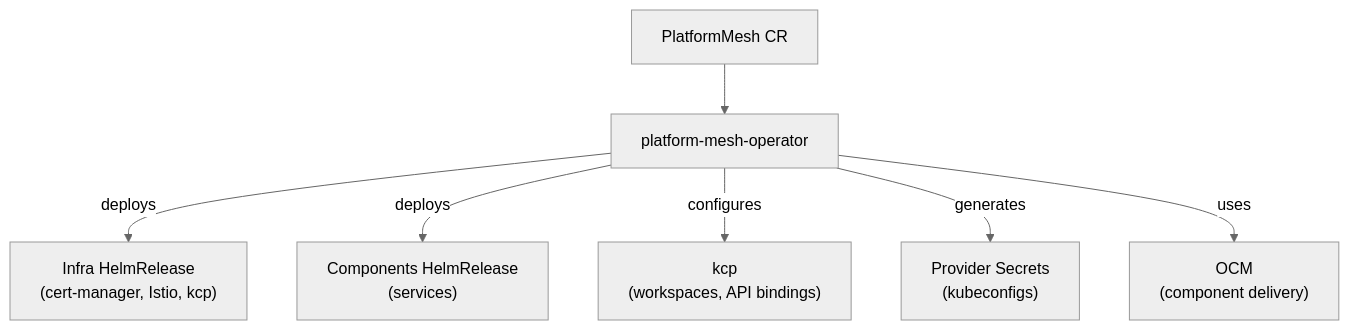
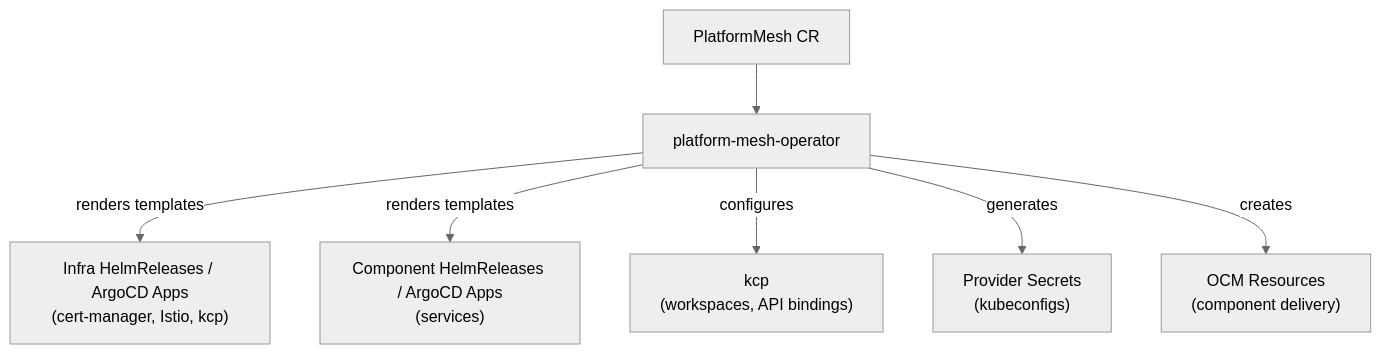
One commit to platform-mesh/platform-mesh.github.io changed the second of 2 diagrams in reference/components/platform-mesh-operator.md. Above: the diagram before and after it, drawn with Mermaid (neutral theme). The commit also changed other lines of this file and 3 other files, not shown here.

````diff
--- a/reference/components/platform-mesh-operator.md
+++ b/reference/components/platform-mesh-operator.md
@@ -284,9 +378,9 @@
 ```mermaid
 graph TD
     PM["PlatformMesh CR"] --> OP["platform-mesh-operator"]
-    OP -->|"deploys"| INFRA["Infra HelmRelease<br/>(cert-manager, Istio, kcp)"]
-    OP -->|"deploys"| COMP["Components HelmRelease<br/>(services)"]
+    OP -->|"renders templates"| INFRA["Infra HelmReleases / ArgoCD Apps<br/>(cert-manager, Istio, kcp)"]
+    OP -->|"renders templates"| COMP["Component HelmReleases / ArgoCD Apps<br/>(services)"]
     OP -->|"configures"| KCP["kcp<br/>(workspaces, API bindings)"]
     OP -->|"generates"| SEC["Provider Secrets<br/>(kubeconfigs)"]
-    OP -->|"uses"| OCM["OCM<br/>(component delivery)"]
+    OP -->|"creates"| OCM["OCM Resources<br/>(component delivery)"]
 ```
````
